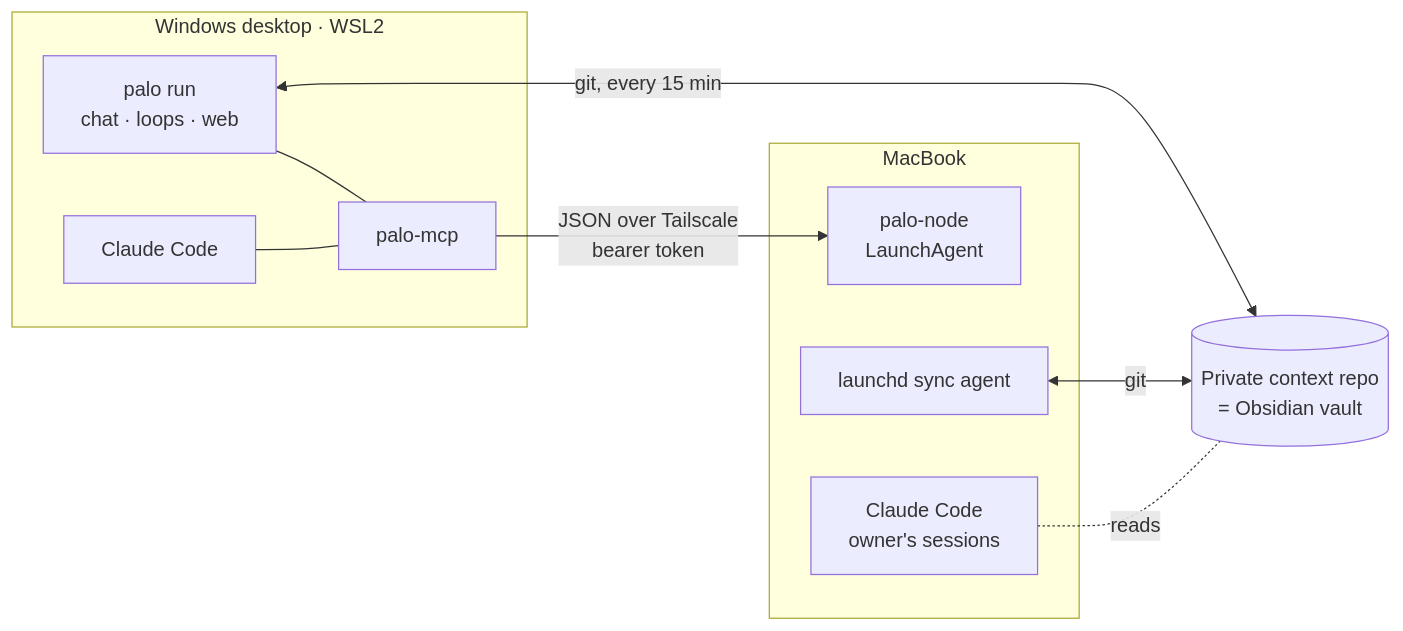
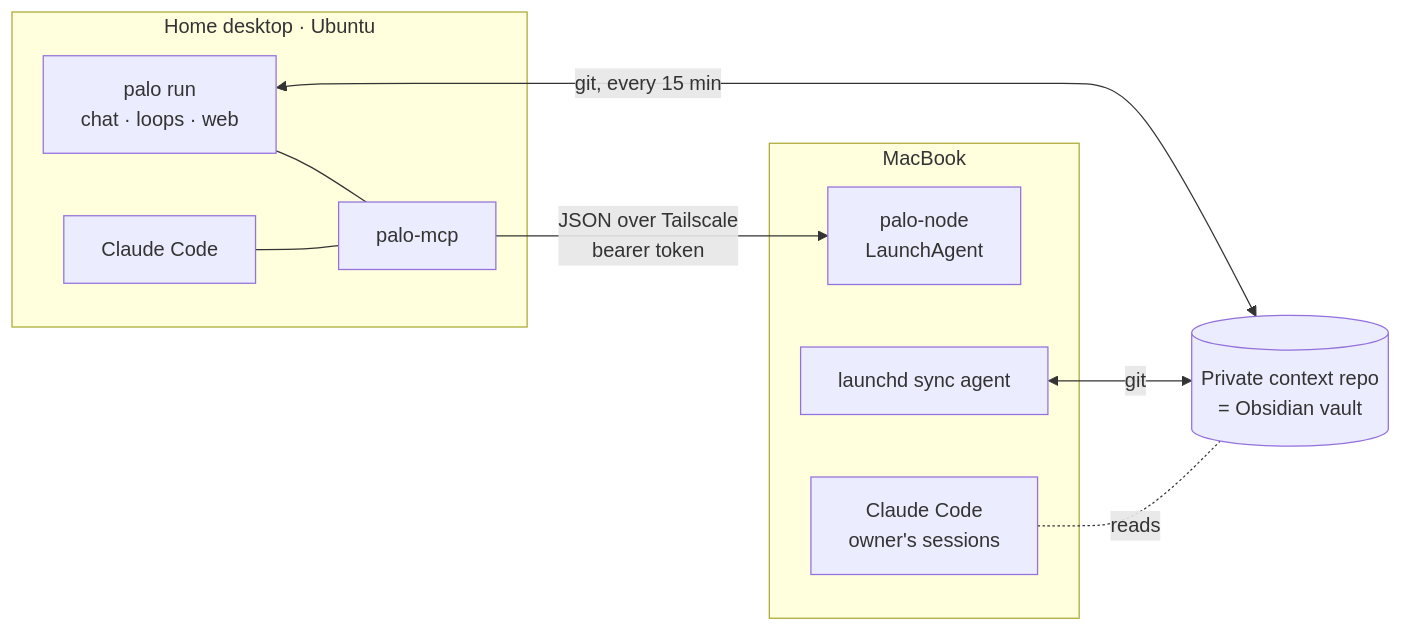
One commit to juanmmm21/Palo-AI changed the diagram in docs/machines.md. Above: the diagram before and after it, drawn with Mermaid. The commit also changed other lines of this file, not shown here.

Commit message:
docs(guides): the pc on native ubuntu and palo following its owner between computers

````diff
--- a/docs/machines.md
+++ b/docs/machines.md
@@ -6,19 +7,19 @@
 ```mermaid
 flowchart LR
-    subgraph PC[Windows desktop · WSL2]
+    subgraph PC[Home desktop · Ubuntu]
         PALO[palo run<br/>chat · loops · web]
         MCP[palo-mcp]
         CC[Claude Code]
         PALO --- MCP
         CC --- MCP
     end
     subgraph MAC[MacBook]
         NODE[palo-node<br/>LaunchAgent]
         AGENT[launchd sync agent]
         CCM[Claude Code<br/>owner's sessions]
     end
     MCP -->|JSON over Tailscale<br/>bearer token| NODE
     PALO <-->|git, every 15 min| CTX[(Private context repo<br/>= Obsidian vault)]
     AGENT <-->|git| CTX
     CCM -.reads.- CTX
 ```
````
